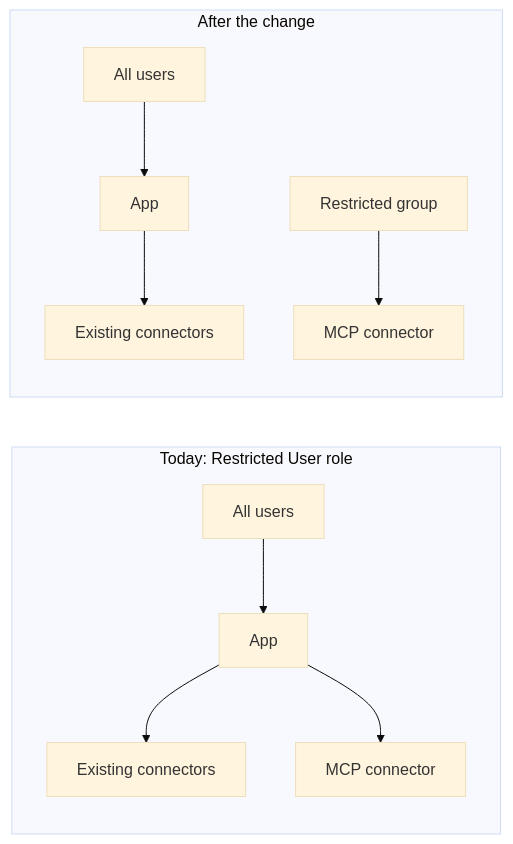
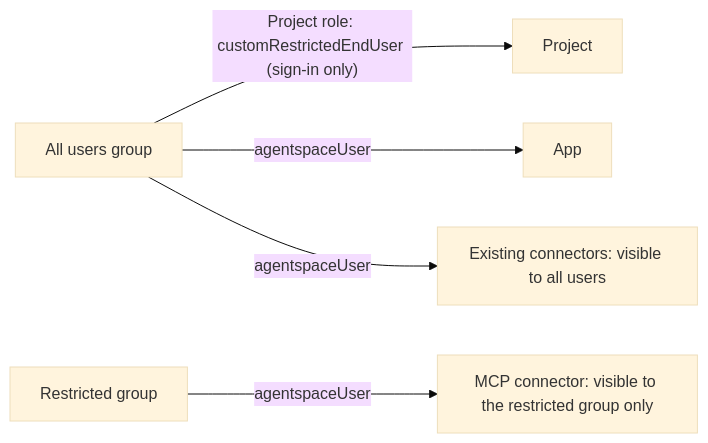
Before and after one commit to tohweizhong/agentic-demos: the second of 3 diagrams in ge_utils/ge_connector_iam_test/README.md, drawn with Mermaid (base theme). The commit also changed other lines of this file, not shown here.

First line of the commit message:
Show the exact roles in the connector IAM README diagram

````diff
--- a/ge_utils/ge_connector_iam_test/README.md
+++ b/ge_utils/ge_connector_iam_test/README.md
@@ -49,13 +64,7 @@
 ```mermaid
 flowchart LR
-  subgraph Today["Today: Restricted User role"]
-    U1["All users"] --> A1["App"]
-    A1 --> D1["Existing connectors"]
-    A1 --> M1["MCP connector"]
-  end
-  subgraph After["After the change"]
-    U2["All users"] --> A2["App"]
-    A2 --> D2["Existing connectors"]
-    G2["Restricted group"] --> M2["MCP connector"]
-  end
+  AU["All users group"] -->|"Project role: customRestrictedEndUser (sign-in only)"| PROJ["Project"]
+  AU -->|"agentspaceUser"| APP["App"]
+  AU -->|"agentspaceUser"| EX["Existing connectors: visible to all users"]
+  RG["Restricted group"] -->|"agentspaceUser"| MCP["MCP connector: visible to the restricted group only"]
 ```
````
